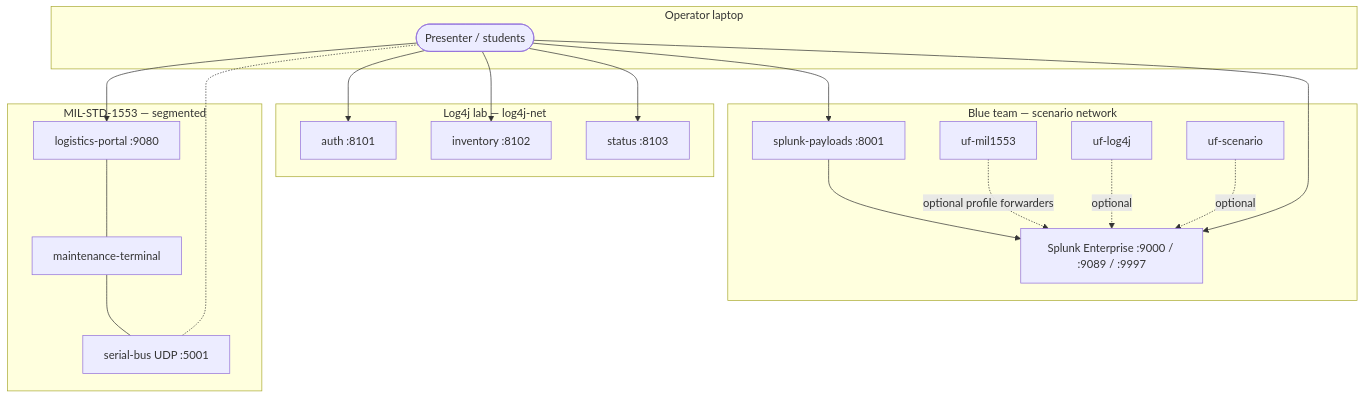
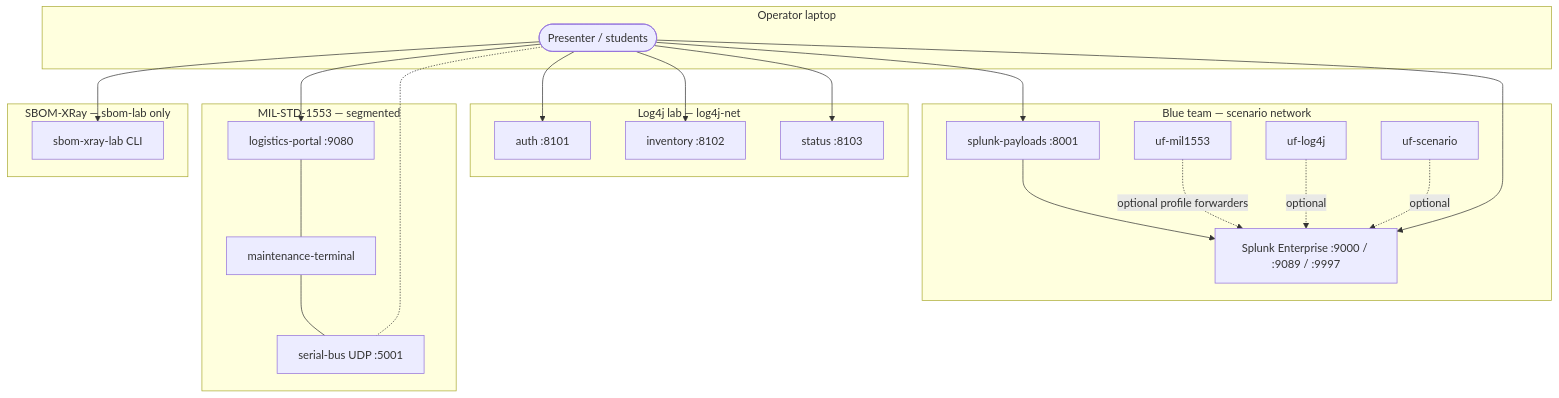
The first of 2 diagrams in README.md (HAFB-Capstone/DEMO-FULL), drawn with Mermaid before and after one commit. The commit also changed other lines of this file and 15 other files, not shown here.

First line of the commit message:
Made it so the SBOM Xray works via Docker

````diff
--- a/README.md
+++ b/README.md
@@ -27,40 +28,45 @@
 ```mermaid
 flowchart TB
     subgraph blue["Blue team — scenario network"]
         SP["splunk-payloads :8001"]
         S["Splunk Enterprise :9000 / :9089 / :9997"]
         UF1["uf-mil1553"]
         UF2["uf-log4j"]
         UF3["uf-scenario"]
         SP --> S
         UF1 -. optional profile forwarders .-> S
         UF2 -. optional .-> S
         UF3 -. optional .-> S
     end
 
     subgraph log4j["Log4j lab — log4j-net"]
         A["auth :8101"]
         I["inventory :8102"]
         ST["status :8103"]
     end
 
     subgraph mil["MIL-STD-1553 — segmented"]
         LP["logistics-portal :9080"]
         MT["maintenance-terminal"]
         SB["serial-bus UDP :5001"]
         LP --- MT
         MT --- SB
     end
 
+    subgraph sbom["SBOM-XRay — sbom-lab only"]
+        SX["sbom-xray-lab CLI"]
+    end
+
     subgraph host["Operator laptop"]
         OP([Presenter / students])
     end
 
     OP --> S
     OP --> SP
     OP --> A
     OP --> I
     OP --> ST
     OP --> LP
     OP -.- SB
+    OP --> SX
 ```
````
